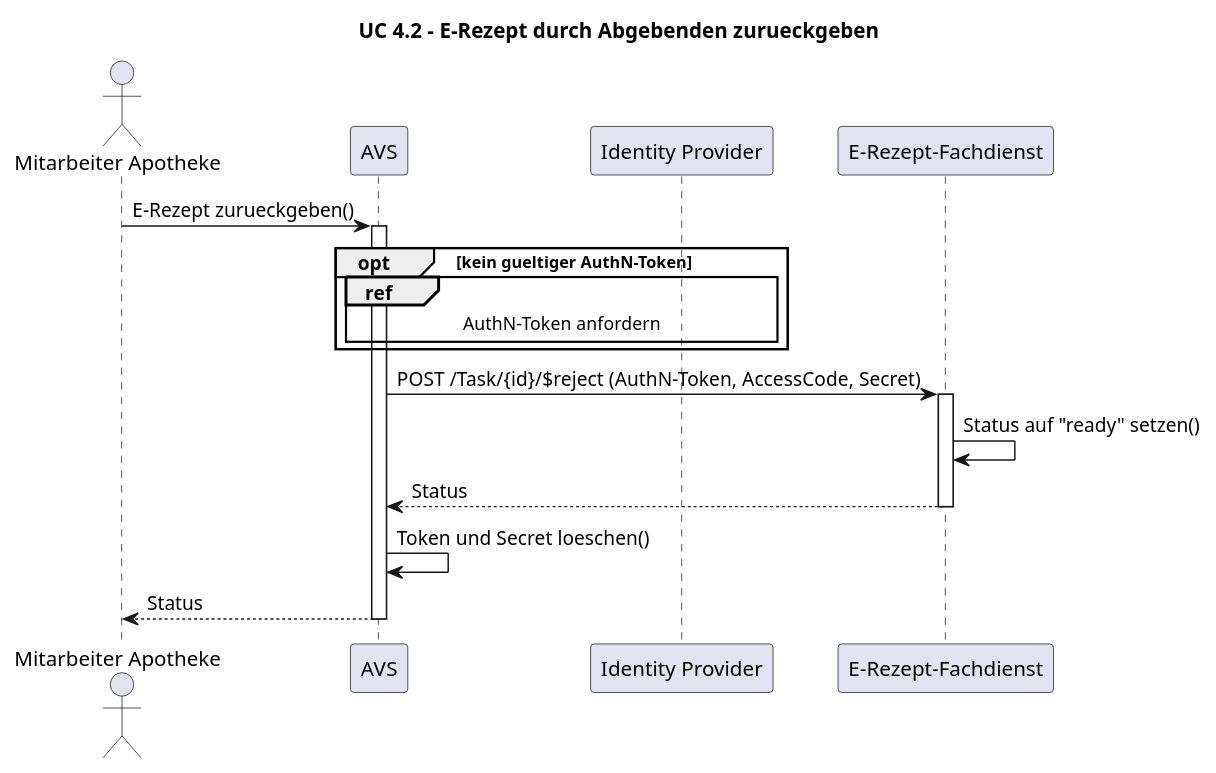
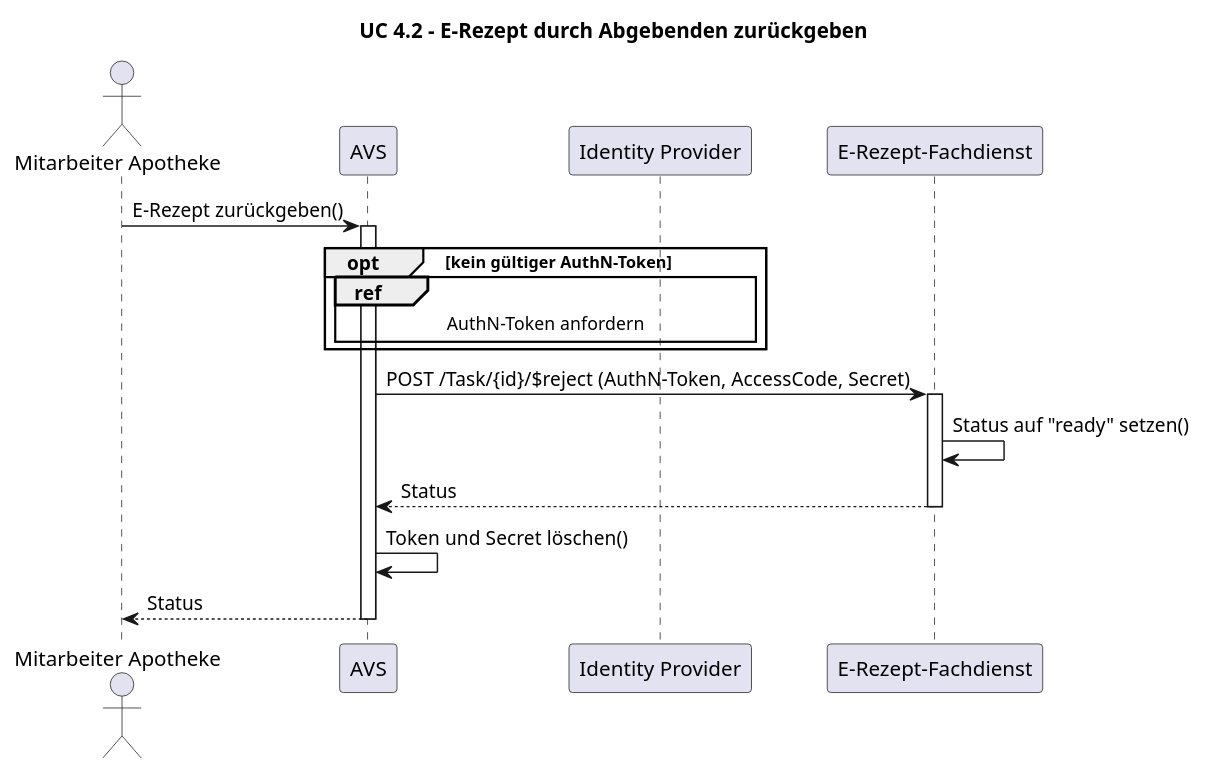
Before and after one commit to gematik/fhir-igs-workflow: the diagram in igs/diga/input/images-source/seq-uc-4-2-e-rezept-durch-abgebenden-zurueckgeben.plantuml, drawn with PlantUML. The commit also changed 6 other files, not shown here.

```diff
--- a/igs/diga/input/images-source/seq-uc-4-2-e-rezept-durch-abgebenden-zurueckgeben.plantuml
+++ b/igs/diga/input/images-source/seq-uc-4-2-e-rezept-durch-abgebenden-zurueckgeben.plantuml
@@ -1,26 +1,26 @@
 @startuml
-title UC 4.2 - E-Rezept durch Abgebenden zurueckgeben
+title UC 4.2 - E-Rezept durch Abgebenden zurückgeben
 
 actor "Mitarbeiter Apotheke" as MA
 participant "AVS" as AVS
 participant "Identity Provider" as IDP
 participant "E-Rezept-Fachdienst" as FD
 
-MA -> AVS: E-Rezept zurueckgeben()
+MA -> AVS: E-Rezept zurückgeben()
 activate AVS
 
-opt kein gueltiger AuthN-Token
+opt kein gültiger AuthN-Token
   ref over AVS, IDP: AuthN-Token anfordern
 end
 
 AVS -> FD: POST /Task/{id}/$reject (AuthN-Token, AccessCode, Secret)
 activate FD
 FD -> FD: Status auf "ready" setzen()
 FD --> AVS: Status
 deactivate FD
 
-AVS -> AVS: Token und Secret loeschen()
+AVS -> AVS: Token und Secret löschen()
 AVS --> MA: Status
 deactivate AVS
 
 @enduml
```
